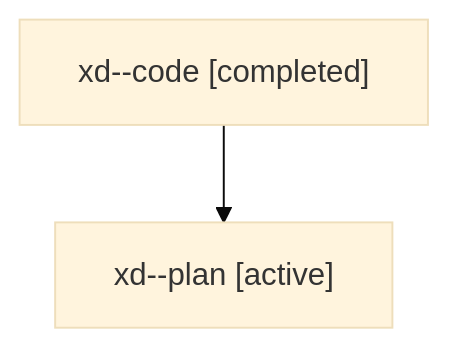
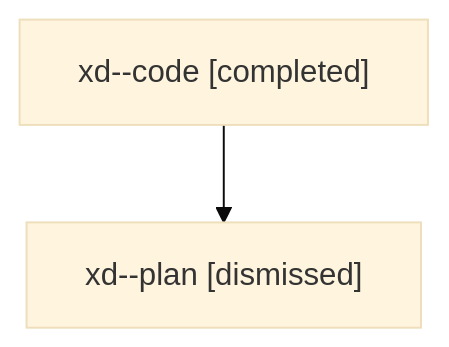
The diagram in sessions/bbugyi200.athena.xd.md (sase-org/sase--agents), drawn with Mermaid (base theme) before and after one commit. The commit also changed other lines of this file and 22 other files, not shown here.

````diff
--- a/sessions/bbugyi200.athena.xd.md
+++ b/sessions/bbugyi200.athena.xd.md
@@ -9,6 +9,6 @@
 ```mermaid
 flowchart TD
   n0["xd--code [completed]"]
-  n1["xd--plan [active]"]
+  n1["xd--plan [dismissed]"]
   n0 --> n1
 ```
````
